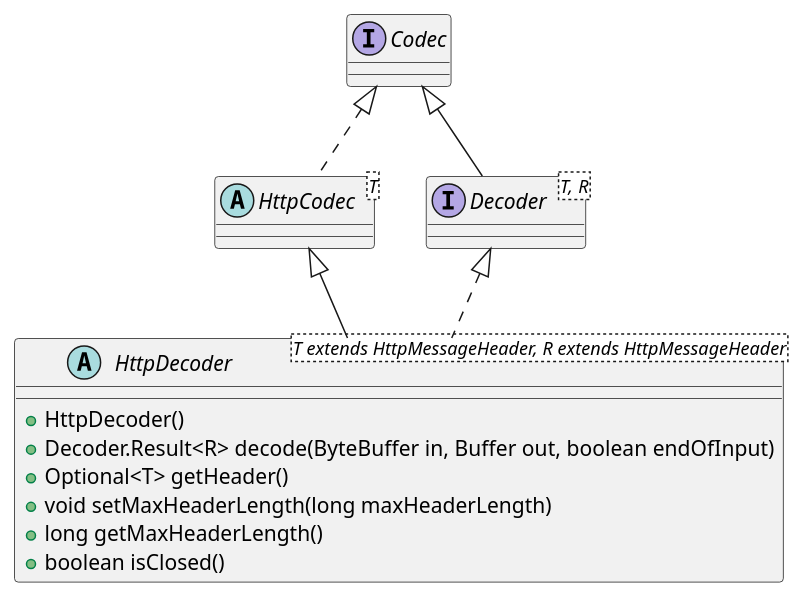
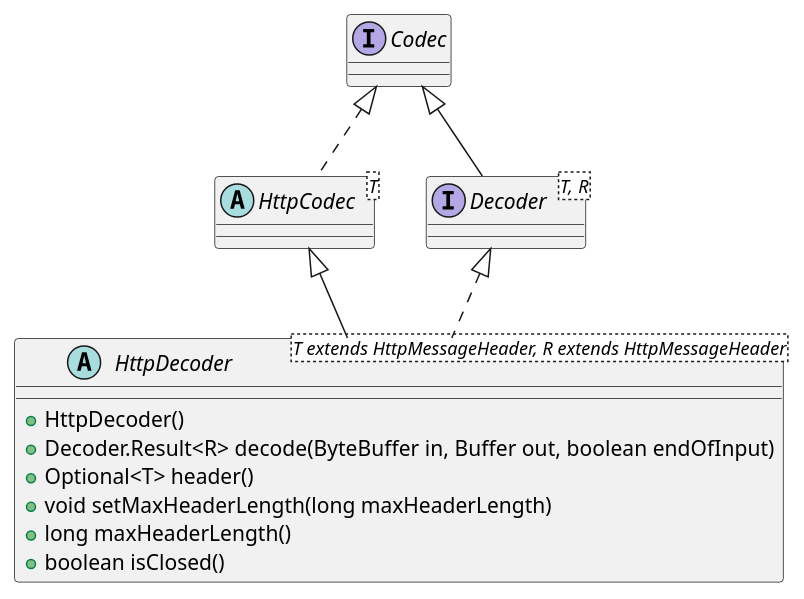
One commit to mnlipp/jdrupes-httpcodec changed the sixth of 9 diagrams in overview.md. Above: the diagram before and after it, drawn with PlantUML. The commit also changed other lines of this file and 50 other files, not shown here.

```diff
--- a/overview.md
+++ b/overview.md
@@ -314,28 +314,28 @@
 @startuml http-decoder.svg
 ' ========== HTTP decoder =========
 interface Codec {
 }
 
 abstract class HttpCodec<T> {
 }
 
 interface Decoder<T, R> {
 }
 
 abstract class HttpDecoder<T extends HttpMessageHeader, R extends HttpMessageHeader> {
     +HttpDecoder()
     +Decoder.Result<R> decode(ByteBuffer in, Buffer out, boolean endOfInput)
-    +Optional<T> getHeader()
+    +Optional<T> header()
     +void setMaxHeaderLength(long maxHeaderLength)
-    +long getMaxHeaderLength()
+    +long maxHeaderLength()
     +boolean isClosed()
 }
 
 Codec <|.. HttpCodec
 
 Codec <|-- Decoder
 
 HttpCodec <|-- HttpDecoder
 
 Decoder <|.. HttpDecoder
 @enduml
```
